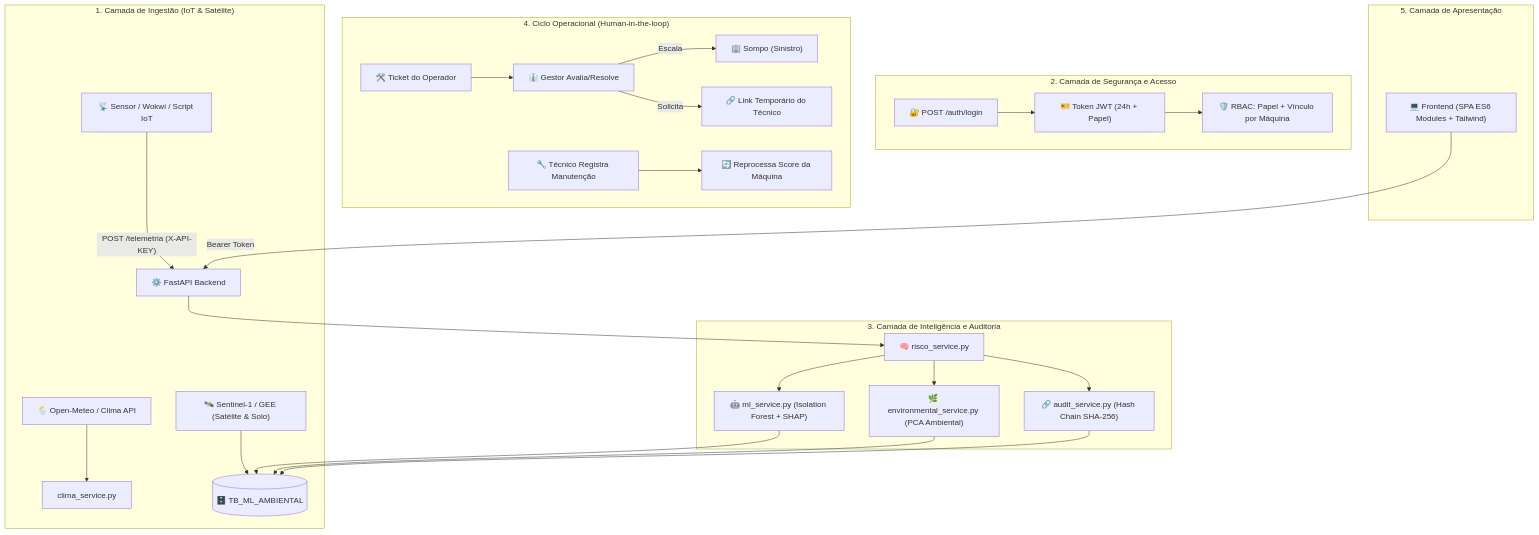
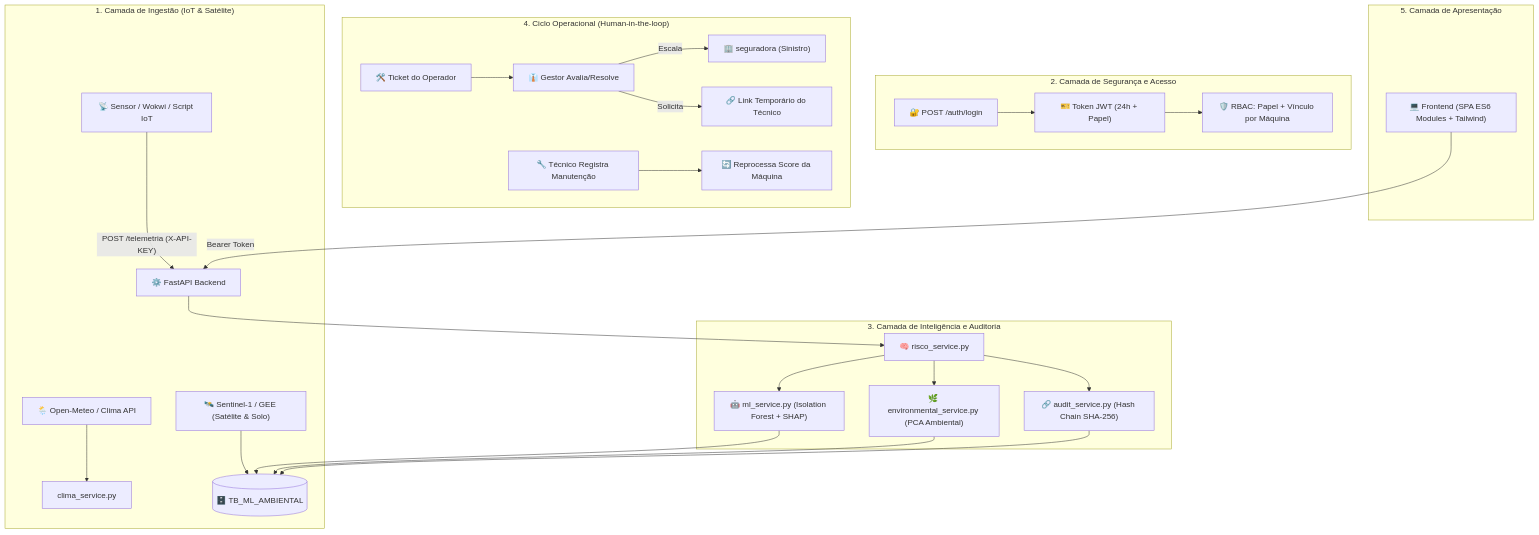
One commit to renansouz/maia-intelligence-NEXT changed the diagram in docs/ARQUITETURA.md. Above: the diagram before and after it, drawn with Mermaid. The commit also changed other lines of this file, not shown here.

Commit message:
Update architecture documentation for Challenge NEXT FIAP 2026

````diff
--- a/docs/ARQUITETURA.md
+++ b/docs/ARQUITETURA.md
@@ -11,34 +11,34 @@
 ```mermaid
 flowchart TD
     subgraph "1. Camada de Ingestão (IoT & Satélite)"
         S1["📡 Sensor / Wokwi / Script IoT"] -->|"POST /telemetria (X-API-KEY)"| API["⚙️ FastAPI Backend"]
         S2["🌦️ Open-Meteo / Clima API"] --> CLIMA["clima_service.py"]
         SAT["🛰️ Sentinel-1 / GEE (Satélite & Solo)"] --> DB[("🗄️ TB_ML_AMBIENTAL")]
     end
 
     subgraph "2. Camada de Segurança e Acesso"
         LOGIN["🔐 POST /auth/login"] --> JWT["🎫 Token JWT (24h + Papel)"]
         JWT --> RBAC["🛡️ RBAC: Papel + Vínculo por Máquina"]
     end
 
     subgraph "3. Camada de Inteligência e Auditoria"
         API --> RS["🧠 risco_service.py"]
         RS --> ML["🤖 ml_service.py (Isolation Forest + SHAP)"]
         RS --> ENV["🌿 environmental_service.py (PCA Ambiental)"]
         RS --> AUD["🔗 audit_service.py (Hash Chain SHA-256)"]
         ML --> DB
         ENV --> DB
         AUD --> DB
     end
 
     subgraph "4. Ciclo Operacional (Human-in-the-loop)"
         TICKET["🛠️ Ticket do Operador"] --> GESTOR["👔 Gestor Avalia/Resolve"]
-        GESTOR -->|"Escala"| SOMPO["🏢 Sompo (Sinistro)"]
+        GESTOR -->|"Escala"| seguradora["🏢 seguradora (Sinistro)"]
         GESTOR -->|"Solicita"| LINK["🔗 Link Temporário do Técnico"]
         TEC["🔧 Técnico Registra Manutenção"] --> RECALC["🔄 Reprocessa Score da Máquina"]
     end
 
     subgraph "5. Camada de Apresentação"
         UI["💻 Frontend (SPA ES6 Modules + Tailwind)"] -->|"Bearer Token"| API
     end
 ```
````
